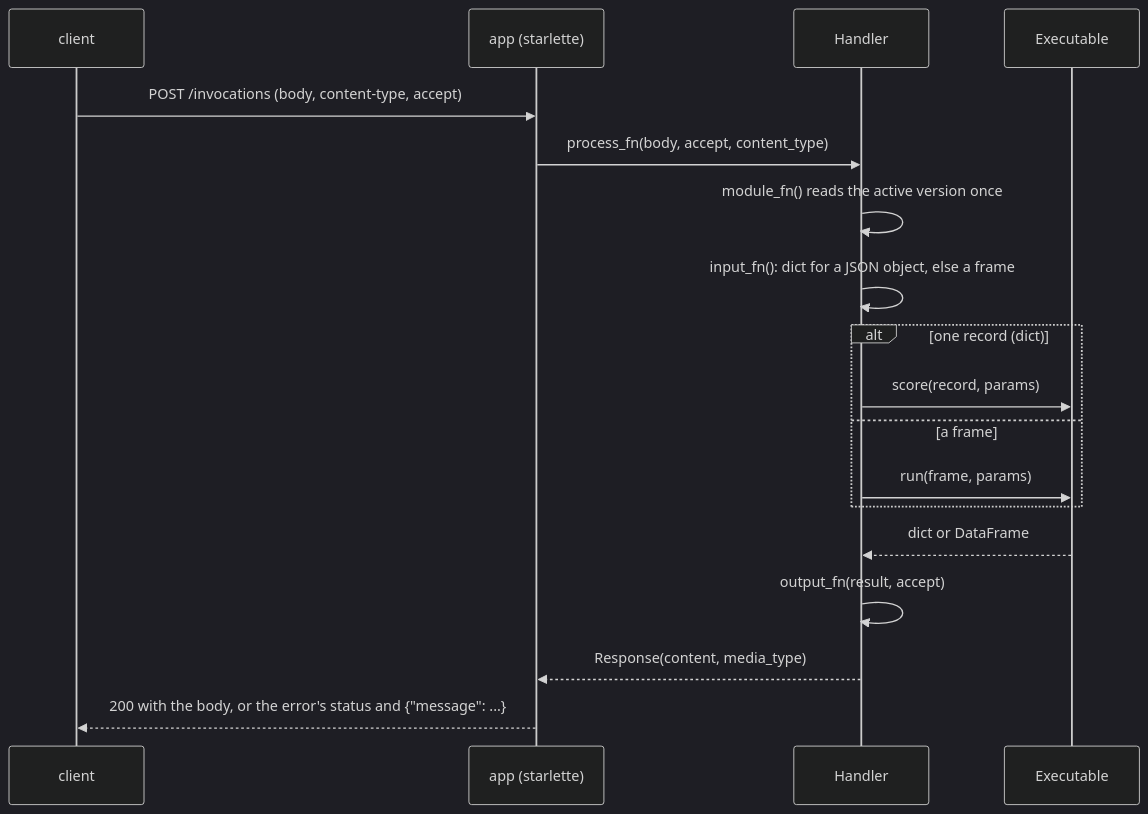
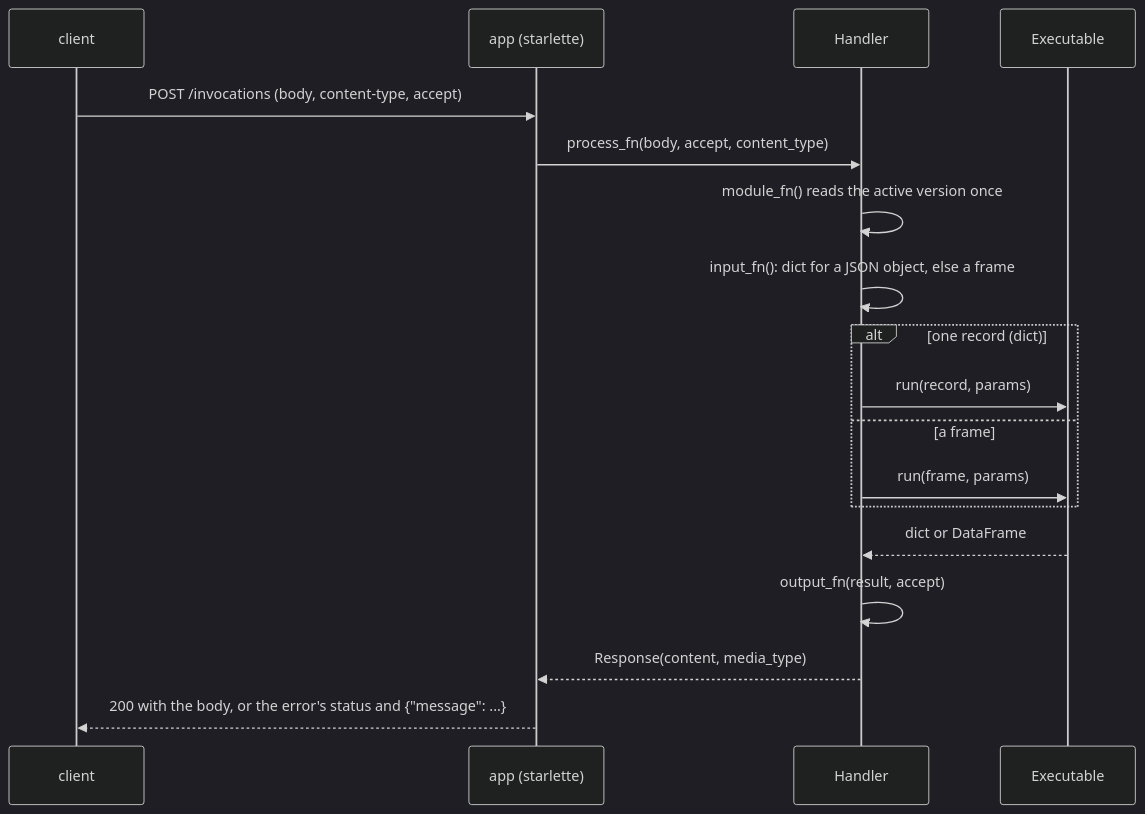
Before and after one commit to capitec/dsp-decision-engine: the first of 2 diagrams in docs/guides/projects-and-serving.md, drawn with Mermaid (dark theme). The commit also changed other lines of this file and 55 other files, not shown here.

Commit message:
docs: run takes a dict record or a frame; every score example and mention now says run, and the engine decision records the dispatch order and its cost

````diff
--- a/docs/guides/projects-and-serving.md
+++ b/docs/guides/projects-and-serving.md
@@ -183,20 +183,20 @@
 ```mermaid
 sequenceDiagram
     participant C as client
     participant A as app (starlette)
     participant H as Handler
     participant E as Executable
     C->>A: POST /invocations (body, content-type, accept)
     A->>H: process_fn(body, accept, content_type)
     H->>H: module_fn() reads the active version once
     H->>H: input_fn(): dict for a JSON object, else a frame
     alt one record (dict)
-        H->>E: score(record, params)
+        H->>E: run(record, params)
     else a frame
         H->>E: run(frame, params)
     end
     E-->>H: dict or DataFrame
     H->>H: output_fn(result, accept)
     H-->>A: Response(content, media_type)
     A-->>C: 200 with the body, or the error's status and {"message": ...}
 ```
````
